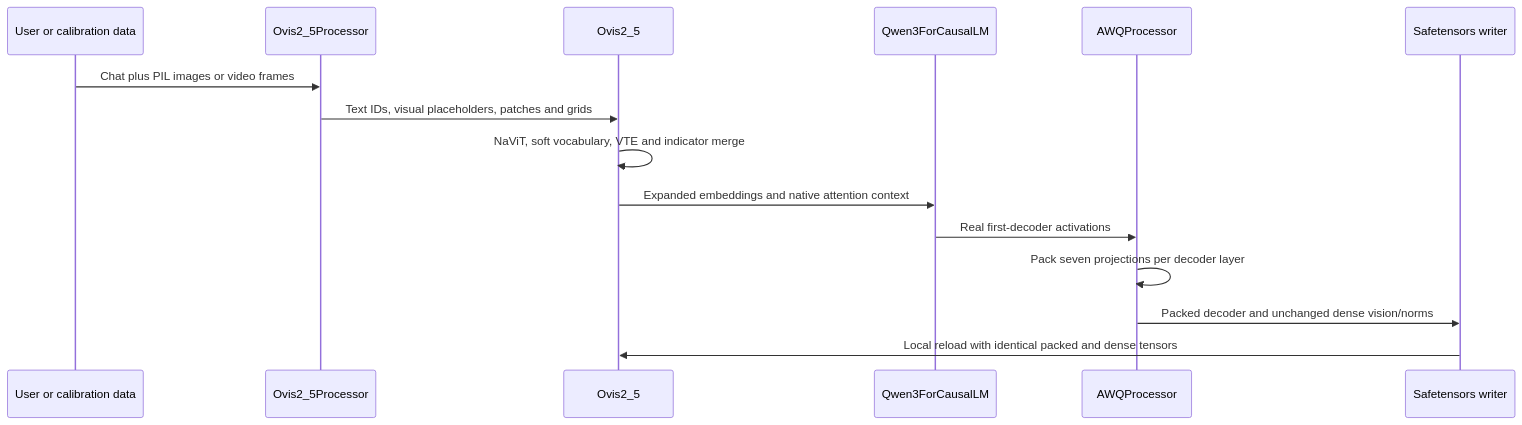
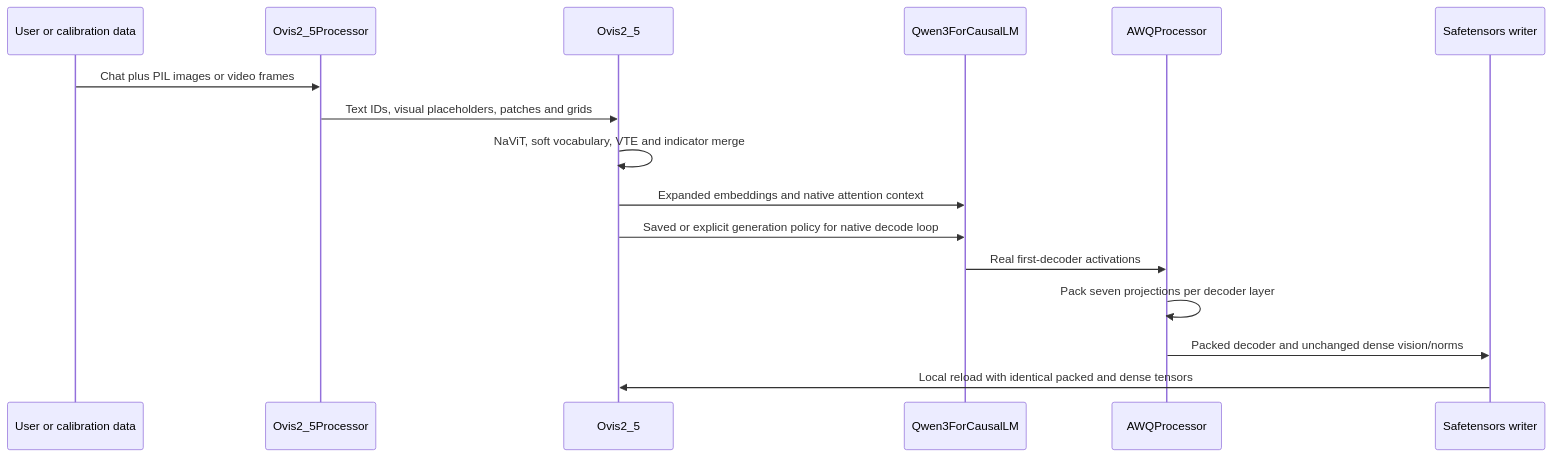
One commit to ModelCloud/GPTQModel changed the second of 2 diagrams in gptqmodel/models/ports/ovis2_5/README.md. Above: the diagram before and after it, drawn with Mermaid. The commit also changed other lines of this file and 3 other files, not shown here.

Commit message:
Preserve Ovis2.5 saved generation policy through native delegation

````diff
--- a/gptqmodel/models/ports/ovis2_5/README.md
+++ b/gptqmodel/models/ports/ovis2_5/README.md
@@ -82,17 +87,18 @@
 ```mermaid
 sequenceDiagram
     participant U as User or calibration data
     participant P as Ovis2_5Processor
     participant M as Ovis2_5
     participant D as Qwen3ForCausalLM
     participant Q as AWQProcessor
     participant W as Safetensors writer
     U->>P: Chat plus PIL images or video frames
     P->>M: Text IDs, visual placeholders, patches and grids
     M->>M: NaViT, soft vocabulary, VTE and indicator merge
     M->>D: Expanded embeddings and native attention context
+    M->>D: Saved or explicit generation policy for native decode loop
     D->>Q: Real first-decoder activations
     Q->>Q: Pack seven projections per decoder layer
     Q->>W: Packed decoder and unchanged dense vision/norms
     W->>M: Local reload with identical packed and dense tensors
 ```
````
